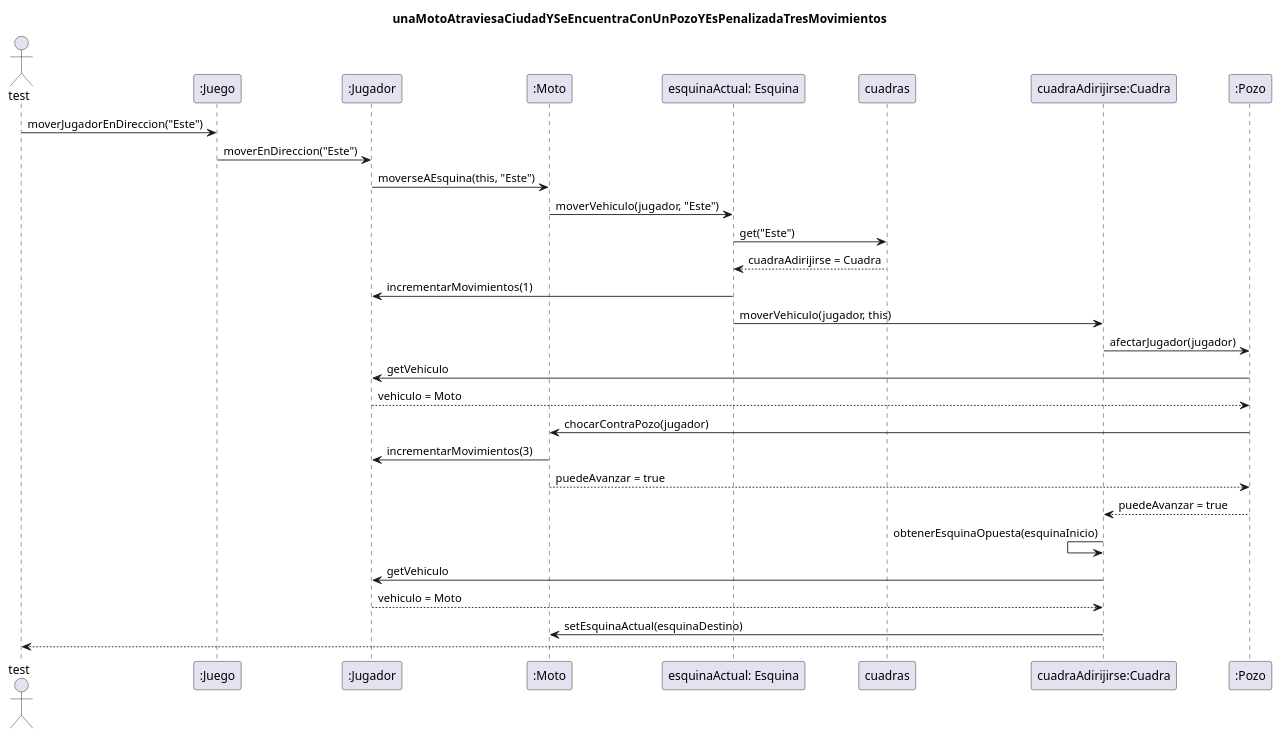
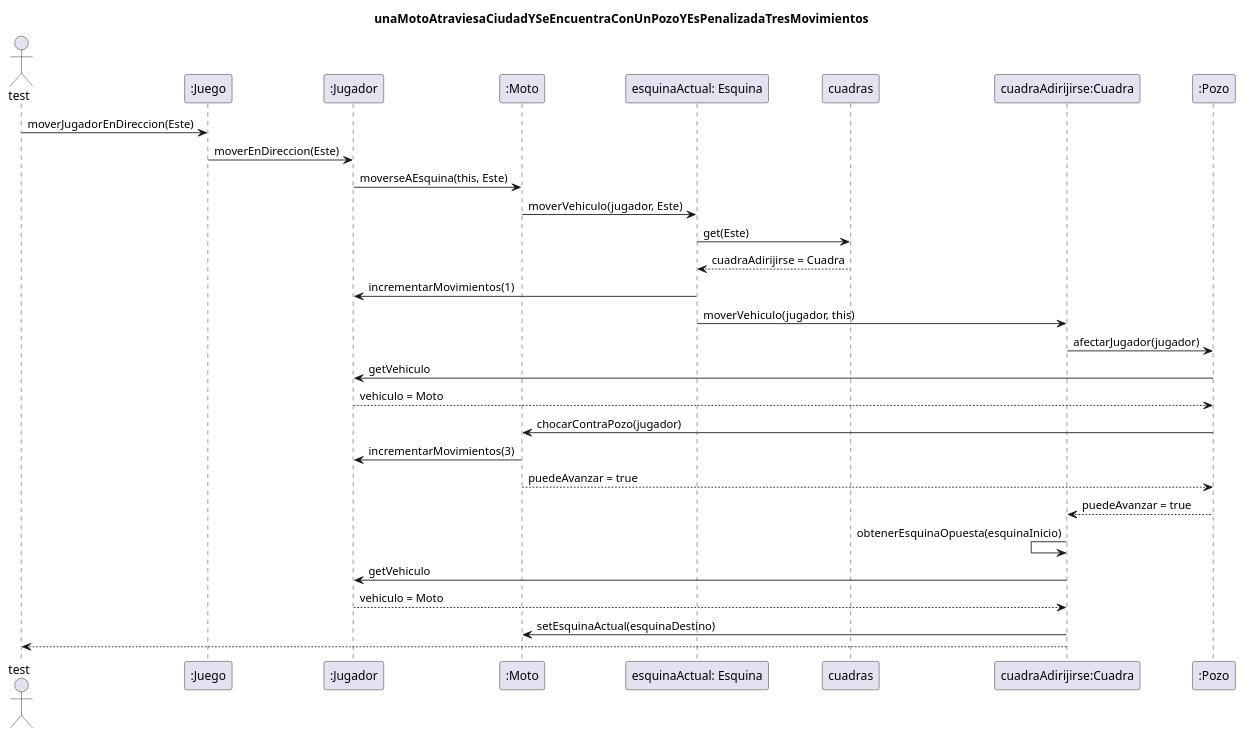
One commit to TP2Algo3FIUBA/tp2 changed the diagram in diagrams/sequences/entrega01/CasoDeUso01.plantuml. Above: the diagram before and after it, drawn with PlantUML. The commit also changed 10 other files, not shown here.

```diff
--- a/diagrams/sequences/entrega01/CasoDeUso01.plantuml
+++ b/diagrams/sequences/entrega01/CasoDeUso01.plantuml
@@ -1,28 +1,28 @@
 @startuml
 
 title: unaMotoAtraviesaCiudadYSeEncuentraConUnPozoYEsPenalizadaTresMovimientos
 
 
 Actor test
-test -> ":Juego" : moverJugadorEnDireccion("Este")
-":Juego" -> ":Jugador"  : moverEnDireccion("Este")
-":Jugador"  -> ":Moto" : moverseAEsquina(this, "Este")
-":Moto"  -> "esquinaActual: Esquina" : moverVehiculo(jugador, "Este")
-"esquinaActual: Esquina" -> cuadras : get("Este")
+test -> ":Juego" : moverJugadorEnDireccion(Este)
+":Juego" -> ":Jugador"  : moverEnDireccion(Este)
+":Jugador"  -> ":Moto" : moverseAEsquina(this, Este)
+":Moto"  -> "esquinaActual: Esquina" : moverVehiculo(jugador, Este)
+"esquinaActual: Esquina" -> cuadras : get(Este)
 "esquinaActual: Esquina" <-- cuadras : cuadraAdirijirse = Cuadra
 "esquinaActual: Esquina" -> ":Jugador"  : incrementarMovimientos(1)
 "esquinaActual: Esquina" -> "cuadraAdirijirse:Cuadra" : moverVehiculo(jugador, this)
 "cuadraAdirijirse:Cuadra" -> ":Pozo" : afectarJugador(jugador)
 ":Pozo" -> ":Jugador"  : getVehiculo
 ":Pozo" <-- ":Jugador"  : vehiculo = Moto
 ":Pozo" -> ":Moto"  : chocarContraPozo(jugador)
 ":Moto"  -> ":Jugador"  : incrementarMovimientos(3)
 ":Pozo" <-- ":Moto"  : puedeAvanzar = true
 "cuadraAdirijirse:Cuadra" <-- ":Pozo" : puedeAvanzar = true
 "cuadraAdirijirse:Cuadra" <- "cuadraAdirijirse:Cuadra" : obtenerEsquinaOpuesta(esquinaInicio)
 "cuadraAdirijirse:Cuadra" -> ":Jugador"  : getVehiculo
 "cuadraAdirijirse:Cuadra" <-- ":Jugador"  : vehiculo = Moto
 "cuadraAdirijirse:Cuadra" -> ":Moto"  : setEsquinaActual(esquinaDestino)
 test <-- "cuadraAdirijirse:Cuadra"
 
 @enduml
```
